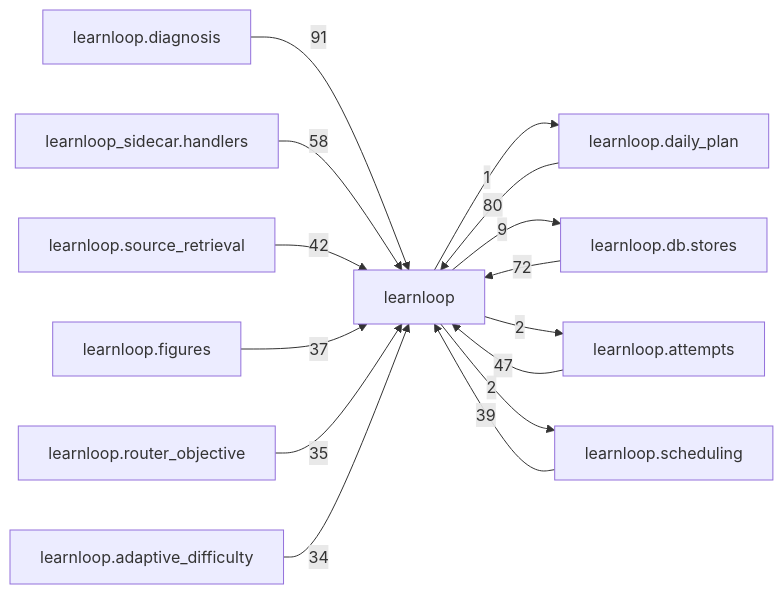
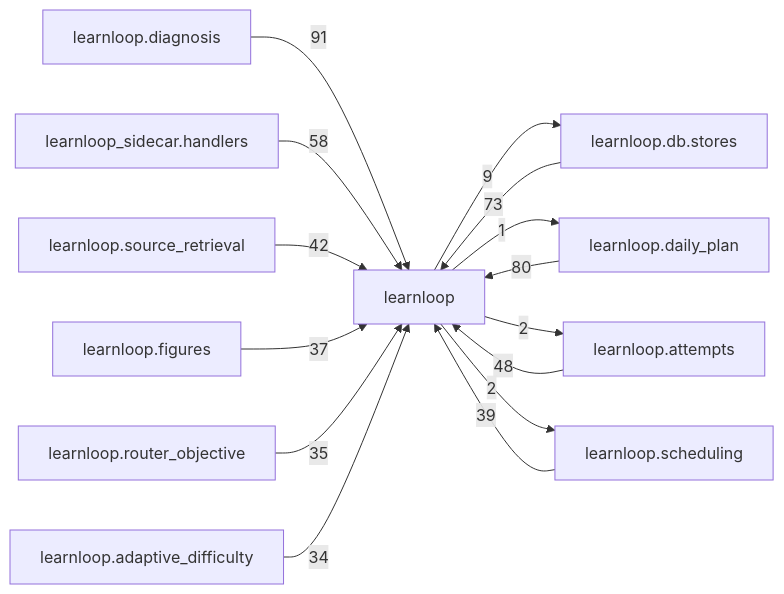
The diagram in docs/learnloop-architecture-vault/Reference/Modules/learnloop/_package.md (6up-b/learnanything), drawn with Mermaid before and after one commit. The commit also changed other lines of this file and 76 other files, not shown here.

````diff
--- a/docs/learnloop-architecture-vault/Reference/Modules/learnloop/_package.md
+++ b/docs/learnloop-architecture-vault/Reference/Modules/learnloop/_package.md
@@ -275,28 +275,28 @@
 ```mermaid
 flowchart LR
     center["learnloop"]
     n_learnloop_diagnosis["learnloop.diagnosis"]
+    n_learnloop_db_stores["learnloop.db.stores"]
     n_learnloop_daily_plan["learnloop.daily_plan"]
-    n_learnloop_db_stores["learnloop.db.stores"]
     n_learnloop_sidecar_handlers["learnloop_sidecar.handlers"]
     n_learnloop_attempts["learnloop.attempts"]
     n_learnloop_source_retrieval["learnloop.source_retrieval"]
     n_learnloop_scheduling["learnloop.scheduling"]
     n_learnloop_figures["learnloop.figures"]
     n_learnloop_router_objective["learnloop.router_objective"]
     n_learnloop_adaptive_difficulty["learnloop.adaptive_difficulty"]
     n_learnloop_diagnosis -->|91| center
+    n_learnloop_db_stores -->|73| center
+    center -->|9| n_learnloop_db_stores
     n_learnloop_daily_plan -->|80| center
     center -->|1| n_learnloop_daily_plan
-    n_learnloop_db_stores -->|72| center
-    center -->|9| n_learnloop_db_stores
     n_learnloop_sidecar_handlers -->|58| center
-    n_learnloop_attempts -->|47| center
+    n_learnloop_attempts -->|48| center
     center -->|2| n_learnloop_attempts
     n_learnloop_source_retrieval -->|42| center
     n_learnloop_scheduling -->|39| center
     center -->|2| n_learnloop_scheduling
     n_learnloop_figures -->|37| center
     n_learnloop_router_objective -->|35| center
     n_learnloop_adaptive_difficulty -->|34| center
 ```
````
